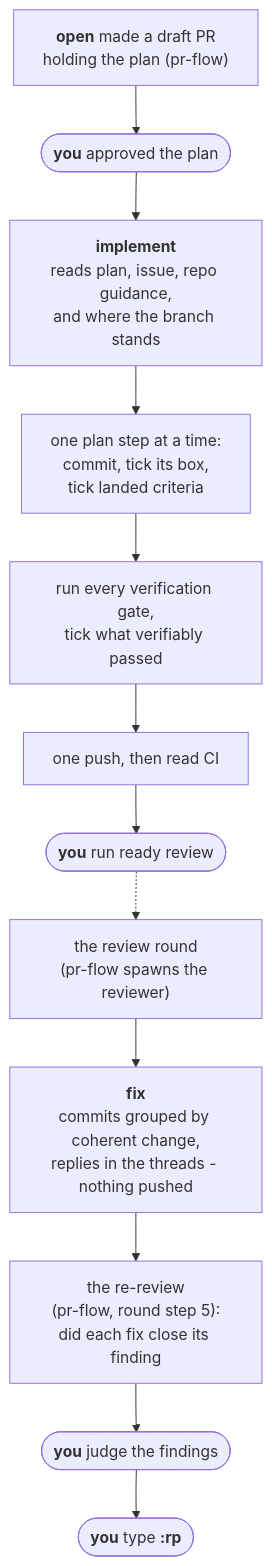
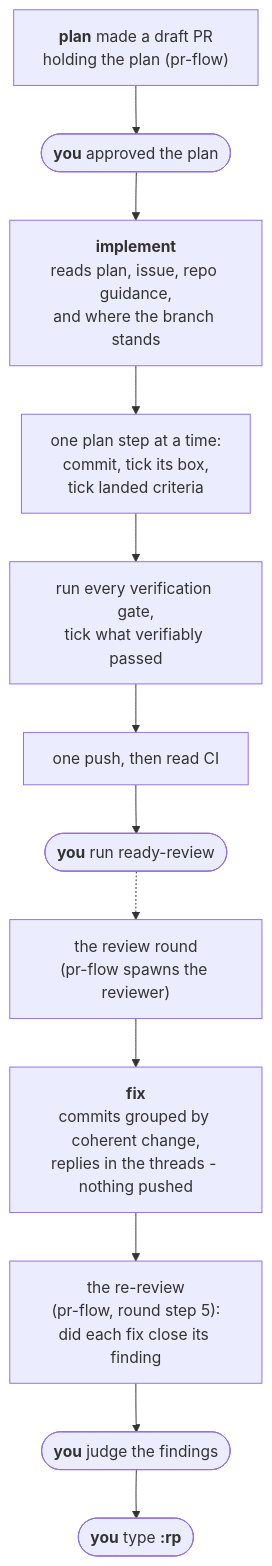
The diagram in plugins/gh-solo/skills/implement/README.md (izkreny/agentifico), drawn with Mermaid before and after one commit. The commit also changed other lines of this file and 11 other files, not shown here.

First line of the commit message:
feat(gh-solo)!: give each pr-flow action one word (#467)

````diff
--- a/plugins/gh-solo/skills/implement/README.md
+++ b/plugins/gh-solo/skills/implement/README.md
@@ -22,14 +22,14 @@
 ```mermaid
 flowchart TD
-    A["<b>open</b> made a draft PR<br/>holding the plan (pr-flow)"] --> STOP(["<b>you</b> approved the plan"])
+    A["<b>plan</b> made a draft PR<br/>holding the plan (pr-flow)"] --> STOP(["<b>you</b> approved the plan"])
     STOP --> B["<b>implement</b><br/>reads plan, issue, repo guidance,<br/>and where the branch stands"]
     B --> C["one plan step at a time:<br/>commit, tick its box,<br/>tick landed criteria"]
     C --> D["run every verification gate,<br/>tick what verifiably passed"]
     D --> E["one push, then read CI"]
-    E --> F(["<b>you</b> run ready review"])
+    E --> F(["<b>you</b> run ready-review"])
     F -.-> G["the review round<br/>(pr-flow spawns the reviewer)"]
     G --> I["<b>fix</b><br/>commits grouped by coherent change,<br/>replies in the threads - nothing pushed"]
     I --> RR["the re-review<br/>(pr-flow, round step 5):<br/>did each fix close its finding"]
     RR --> H(["<b>you</b> judge the findings"])
     H --> J(["<b>you</b> type <b>:rp</b>"])
 ```
````
